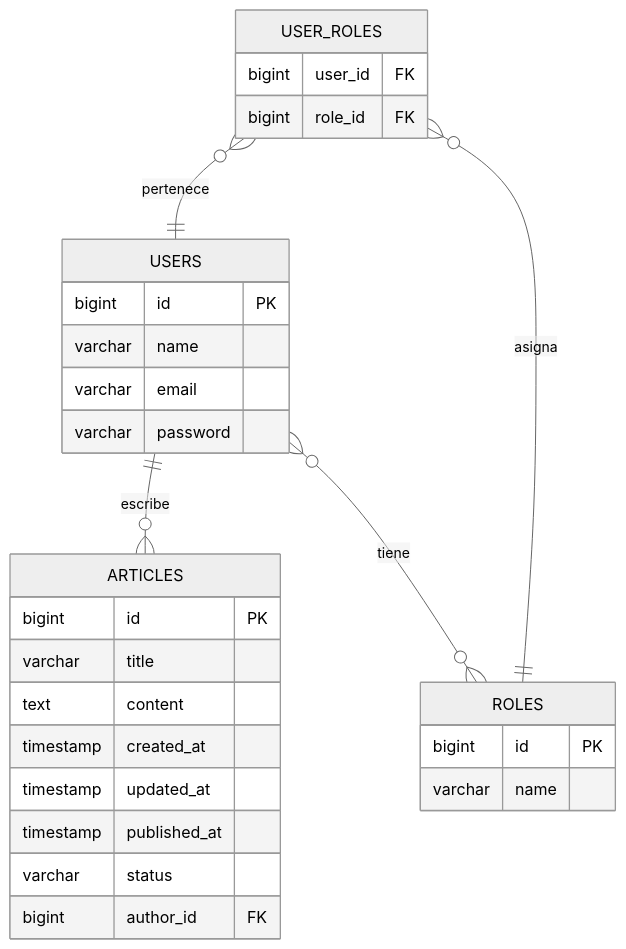
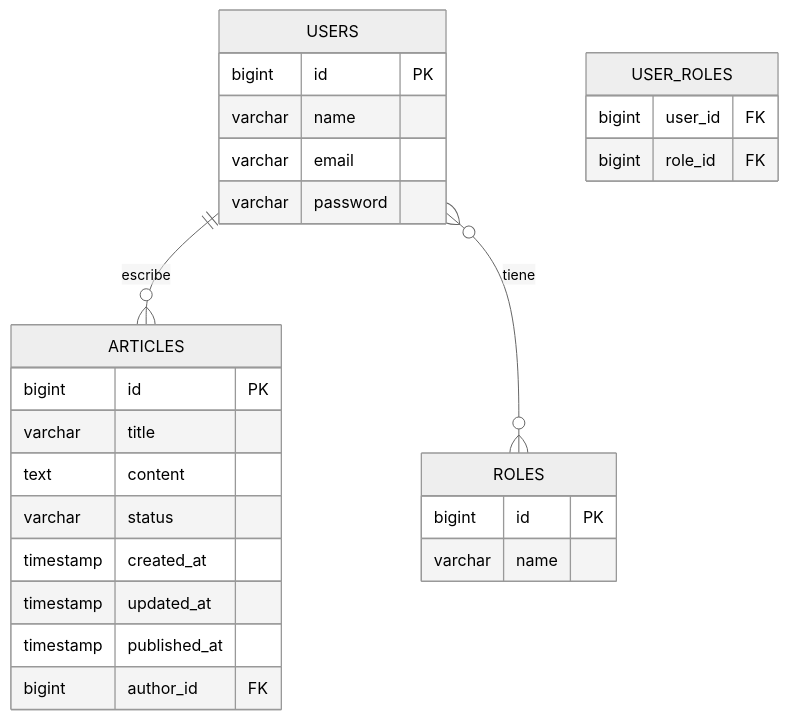
The first of 2 diagrams in README.md (mundotechteam1/mundotech), drawn with Mermaid (neutral theme) before and after one commit. The commit also changed other lines of this file, not shown here.

````diff
--- a/README.md
+++ b/README.md
@@ -21,35 +125,29 @@
 ```mermaid
 erDiagram
+    USERS ||--o{ ARTICLES : escribe
+    USERS }o--o{ ROLES : tiene
+    ARTICLES {
+        bigint id PK
+        varchar title
+        text content
+        varchar status
+        timestamp created_at
+        timestamp updated_at
+        timestamp published_at
+        bigint author_id FK
+    }
     USERS {
         bigint id PK
         varchar name
         varchar email
         varchar password
     }
-
     ROLES {
         bigint id PK
         varchar name
     }
-
-    ARTICLES {
-        bigint id PK
-        varchar title
-        text content
-        timestamp created_at
-        timestamp updated_at
-        timestamp published_at
-        varchar status
-        bigint author_id FK
-    }
-
     USER_ROLES {
         bigint user_id FK
         bigint role_id FK
     }
-
-    USERS ||--o{ ARTICLES : "escribe"
-    USERS }o--o{ ROLES : "tiene"
-    USER_ROLES }o--|| USERS : "pertenece"
-    USER_ROLES }o--|| ROLES : "asigna"
 ```
````
